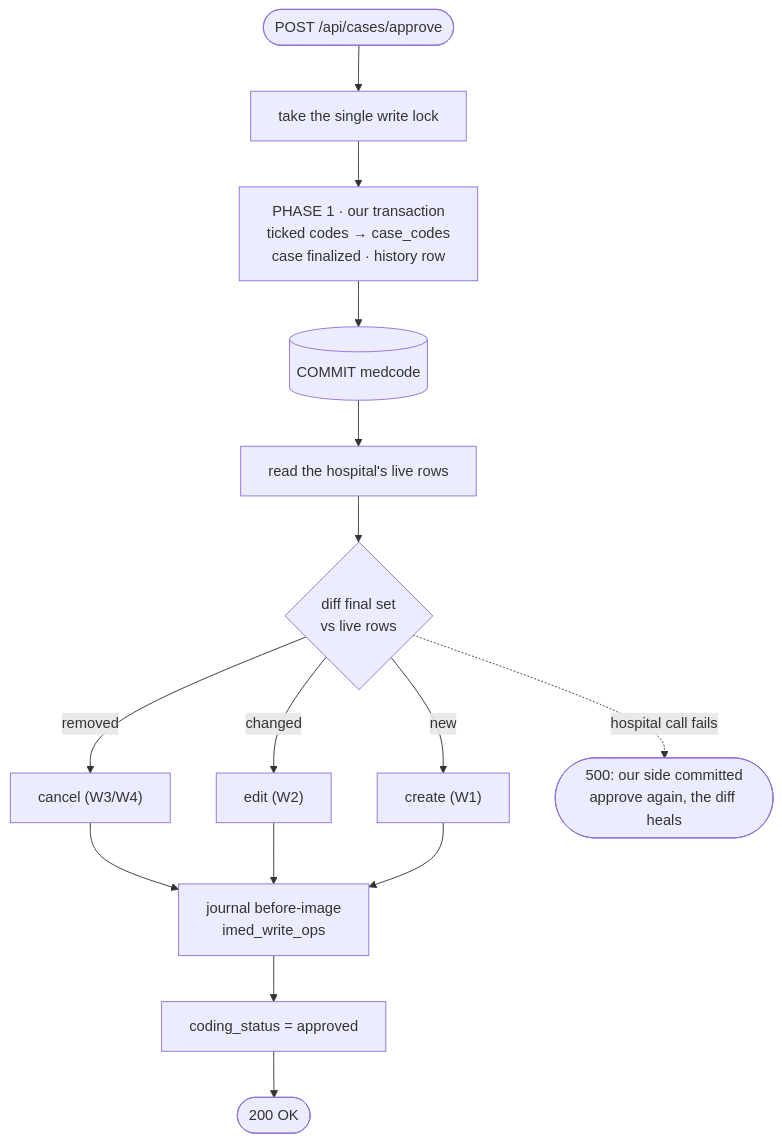
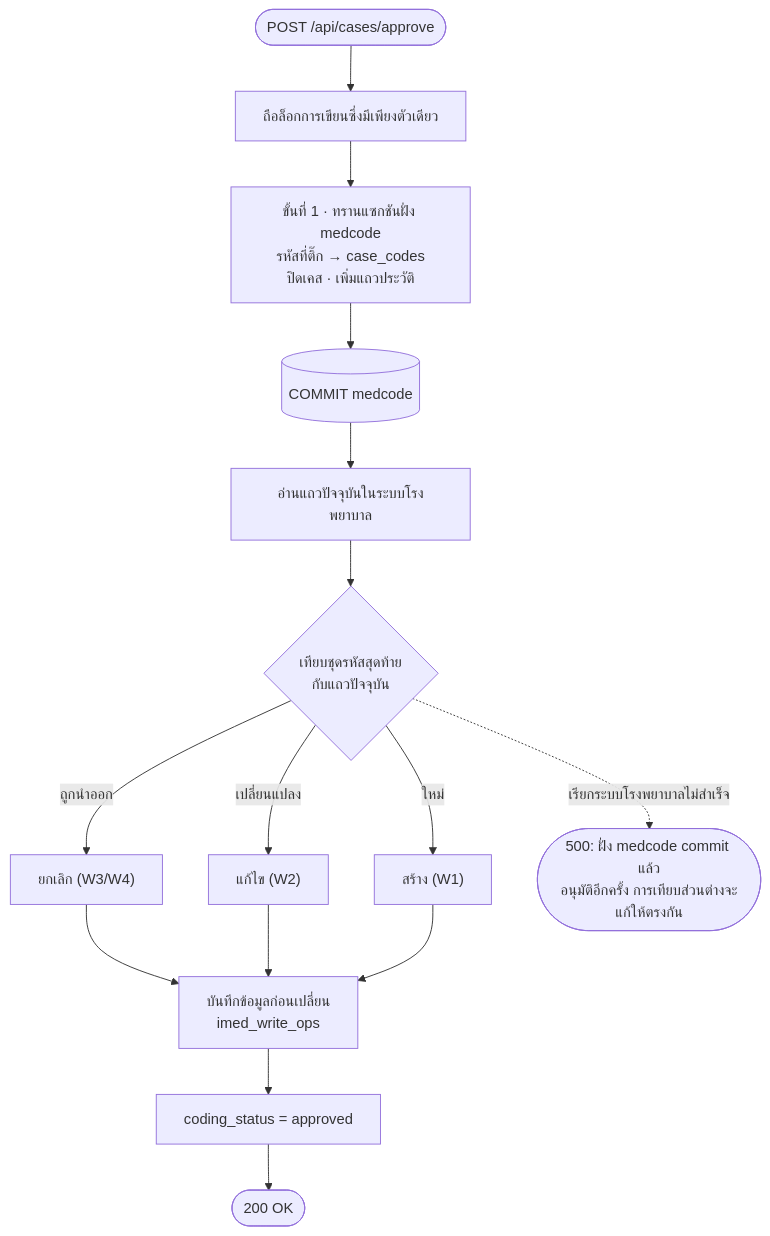
Before and after one commit to suvarna-stack/cura-ai: the diagram in report/figures/fig-4-1-approve.mmd, drawn with Mermaid. The commit also changed 36 other files, not shown here.

```diff
--- a/report/figures/fig-4-1-approve.mmd
+++ b/report/figures/fig-4-1-approve.mmd
@@ -1,15 +1,15 @@
 flowchart TD
-  start(["POST /api/cases/approve"]) --> lock["take the single write lock"]
-  lock --> p1["PHASE 1 · our transaction<br/>ticked codes → case_codes<br/>case finalized · history row"]
+  start(["POST /api/cases/approve"]) --> lock["ถือล็อกการเขียนซึ่งมีเพียงตัวเดียว"]
+  lock --> p1["ขั้นที่ 1 · ทรานแซกชันฝั่ง medcode<br/>รหัสที่ติ๊ก → case_codes<br/>ปิดเคส · เพิ่มแถวประวัติ"]
   p1 --> commit[("COMMIT medcode")]
-  commit --> live["read the hospital's live rows"]
-  live --> diff{"diff final set<br/>vs live rows"}
-  diff -->|removed| del["cancel (W3/W4)"]
-  diff -->|changed| put["edit (W2)"]
-  diff -->|new| post["create (W1)"]
-  del --> j["journal before-image<br/>imed_write_ops"]
+  commit --> live["อ่านแถวปัจจุบันในระบบโรงพยาบาล"]
+  live --> diff{"เทียบชุดรหัสสุดท้าย<br/>กับแถวปัจจุบัน"}
+  diff -->|"ถูกนำออก"| del["ยกเลิก (W3/W4)"]
+  diff -->|"เปลี่ยนแปลง"| put["แก้ไข (W2)"]
+  diff -->|"ใหม่"| post["สร้าง (W1)"]
+  del --> j["บันทึกข้อมูลก่อนเปลี่ยน<br/>imed_write_ops"]
   put --> j
   post --> j
   j --> st["coding_status = approved"]
   st --> done(["200 OK"])
-  diff -.->|"hospital call fails"| err(["500: our side committed<br/>approve again, the diff heals"])
+  diff -.->|"เรียกระบบโรงพยาบาลไม่สำเร็จ"| err(["500: ฝั่ง medcode commit แล้ว<br/>อนุมัติอีกครั้ง การเทียบส่วนต่างจะแก้ให้ตรงกัน"])
```
